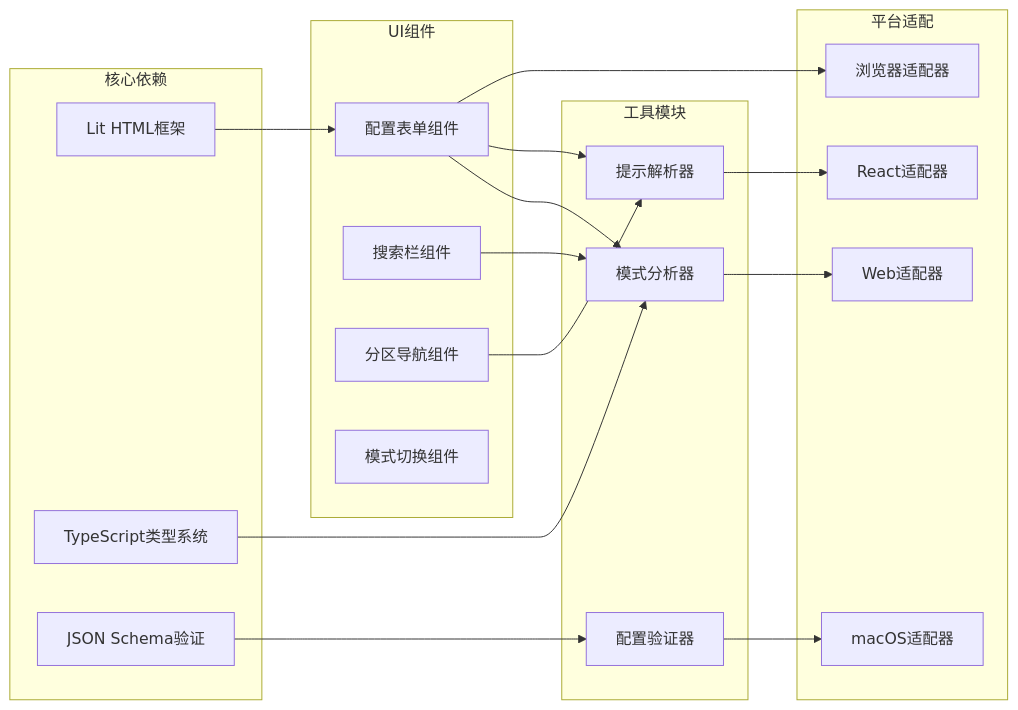
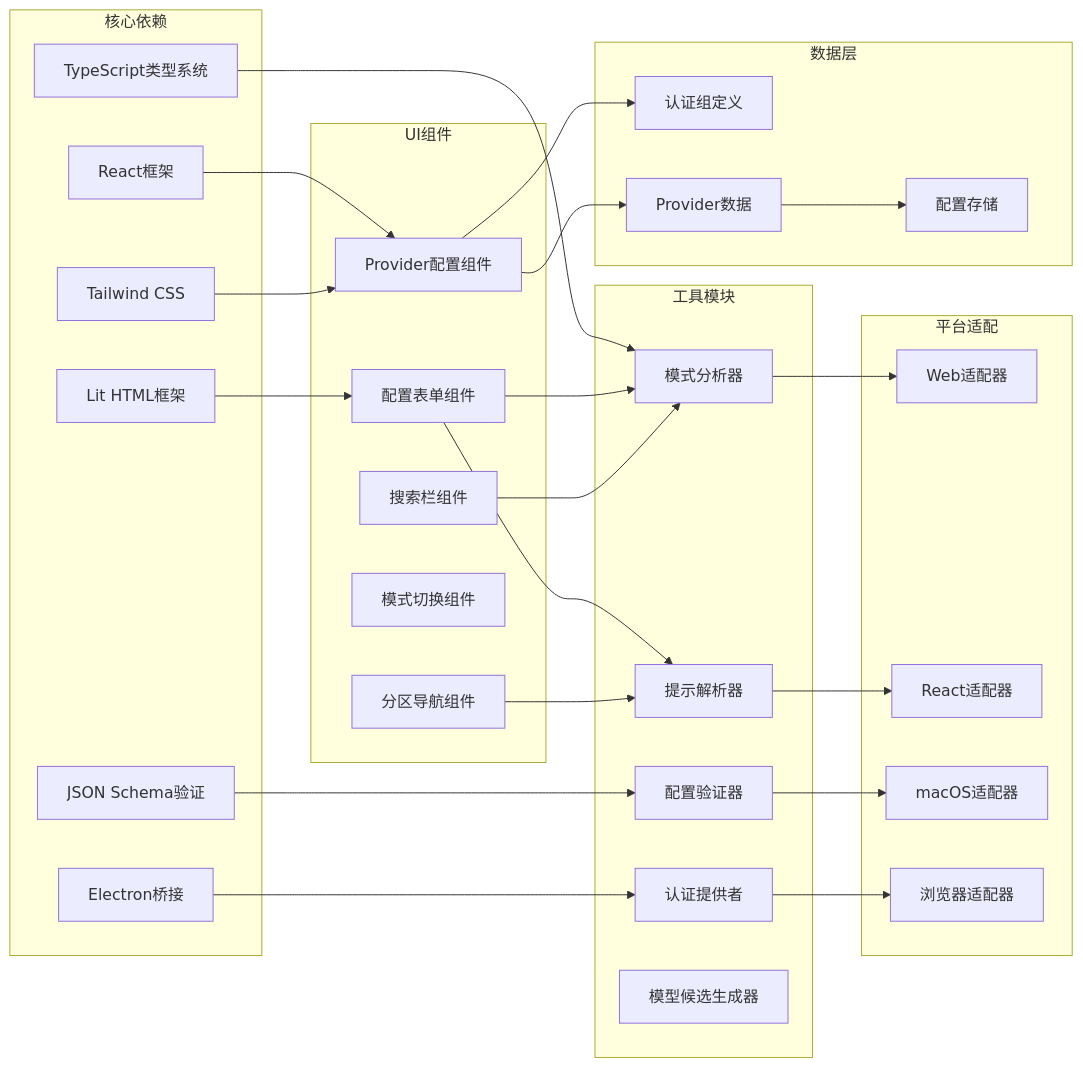
Before and after one commit to verse-ai-org/openclaw: the eighth of 8 diagrams in .qoder/repowiki/zh/content/Web界面/配置页面增强.md, drawn with Mermaid. The commit also changed other lines of this file and 11 other files, not shown here.

````diff
--- a/.qoder/repowiki/zh/content/Web界面/配置页面增强.md
+++ b/.qoder/repowiki/zh/content/Web界面/配置页面增强.md
@@ -362,36 +465,53 @@
 ```mermaid
 graph LR
 subgraph "核心依赖"
 Lit[Lit HTML框架]
 TypeScript[TypeScript类型系统]
+React[React框架]
+TailwindCSS[Tailwind CSS]
 JSONSchema[JSON Schema验证]
+ElectronBridge[Electron桥接]
 end
 subgraph "UI组件"
 ConfigForm[配置表单组件]
 SearchBar[搜索栏组件]
 SectionNav[分区导航组件]
 ModeToggle[模式切换组件]
+ProviderComponents[Provider配置组件]
 end
 subgraph "工具模块"
 SchemaAnalyzer[模式分析器]
 HintResolver[提示解析器]
 ConfigValidator[配置验证器]
+AuthProvider[认证提供者]
+ModelCandidateGen[模型候选生成器]
 end
 subgraph "平台适配"
 WebAdapter[Web适配器]
 ReactAdapter[React适配器]
 MacAdapter[macOS适配器]
 BrowserAdapter[浏览器适配器]
 end
+subgraph "数据层"
+AuthChoiceGroups[认证组定义]
+ProviderData[Provider数据]
+ConfigStore[配置存储]
+end
 Lit --> ConfigForm
 TypeScript --> SchemaAnalyzer
 JSONSchema --> ConfigValidator
+React --> ProviderComponents
+TailwindCSS --> ProviderComponents
+ElectronBridge --> AuthProvider
 ConfigForm --> SchemaAnalyzer
 ConfigForm --> HintResolver
+ProviderComponents --> AuthChoiceGroups
+ProviderComponents --> ProviderData
 SearchBar --> SchemaAnalyzer
 SectionNav --> HintResolver
 SchemaAnalyzer --> WebAdapter
 HintResolver --> ReactAdapter
 ConfigValidator --> MacAdapter
-ConfigForm --> BrowserAdapter
+AuthProvider --> BrowserAdapter
+ProviderData --> ConfigStore
 ```
````
